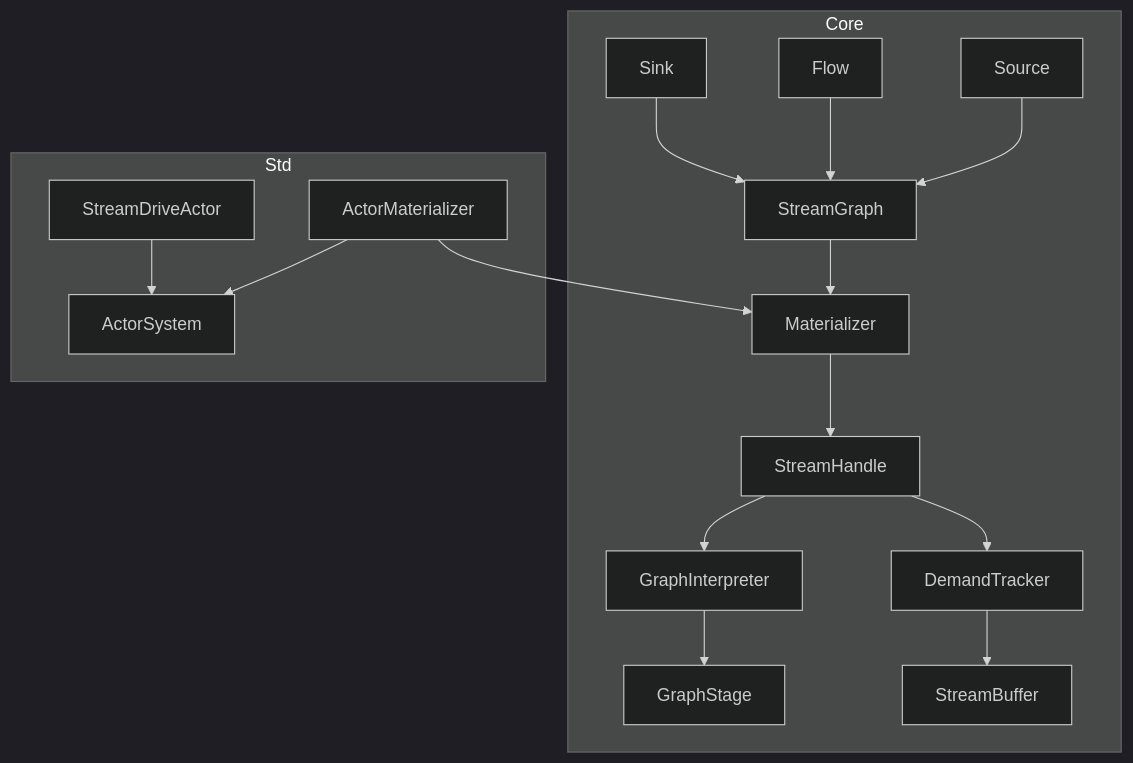
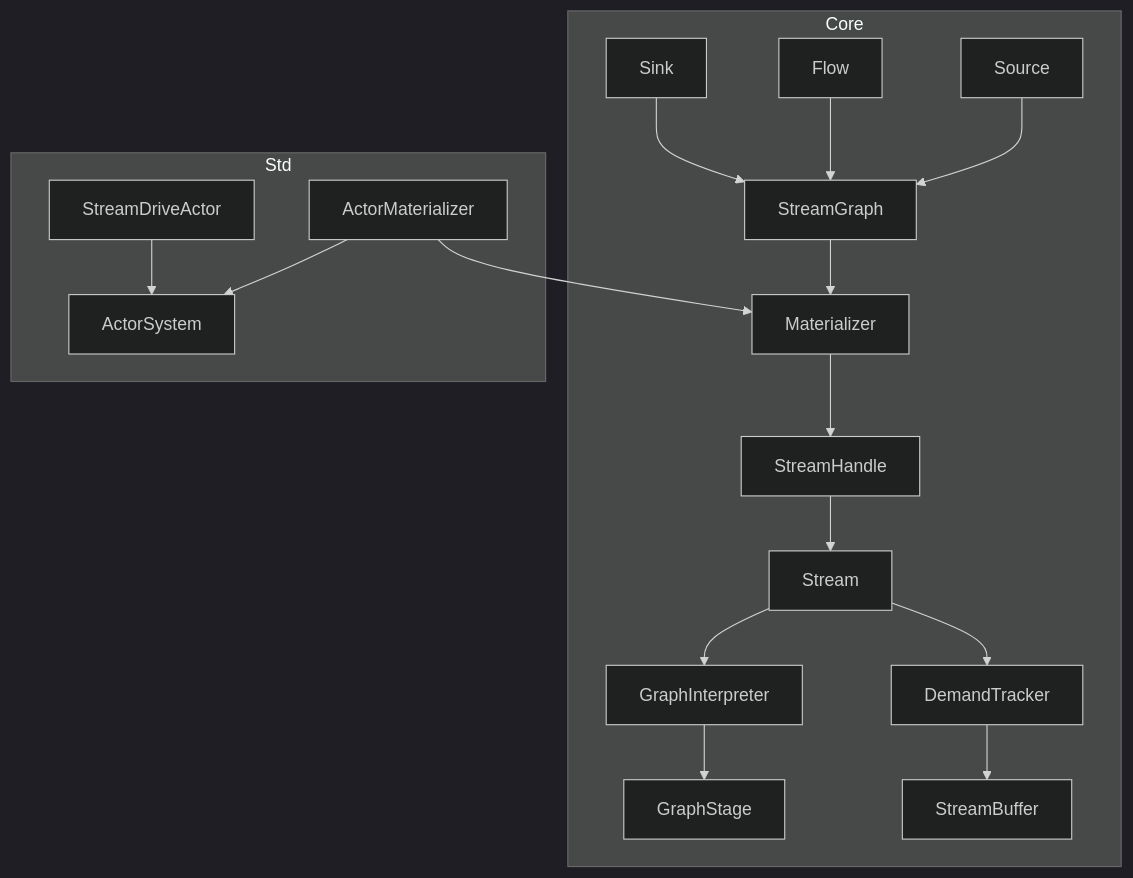
Before and after one commit to j5ik2o/fraktor-rs: the first of 3 diagrams in .kiro/specs/fraktor-streams/design.md, drawn with Mermaid (dark theme). The commit also changed other lines of this file, not shown here.

Commit message:
feat: update design documentation to reflect changes in Stream and GraphStage abstractions

````diff
--- a/.kiro/specs/fraktor-streams/design.md
+++ b/.kiro/specs/fraktor-streams/design.md
@@ -63,19 +63,20 @@
 ```mermaid
 graph TB
   subgraph Core
     Source --> StreamGraph
     Flow --> StreamGraph
     Sink --> StreamGraph
     StreamGraph --> Materializer
     Materializer --> StreamHandle
-    StreamHandle --> GraphInterpreter
+    StreamHandle --> Stream
+    Stream --> GraphInterpreter
     GraphInterpreter --> GraphStage
-    StreamHandle --> DemandTracker
+    Stream --> DemandTracker
     DemandTracker --> StreamBuffer
   end
   subgraph Std
     ActorMaterializer --> ActorSystem
     StreamDriveActor --> ActorSystem
   end
   ActorMaterializer --> Materializer
 ```
````
